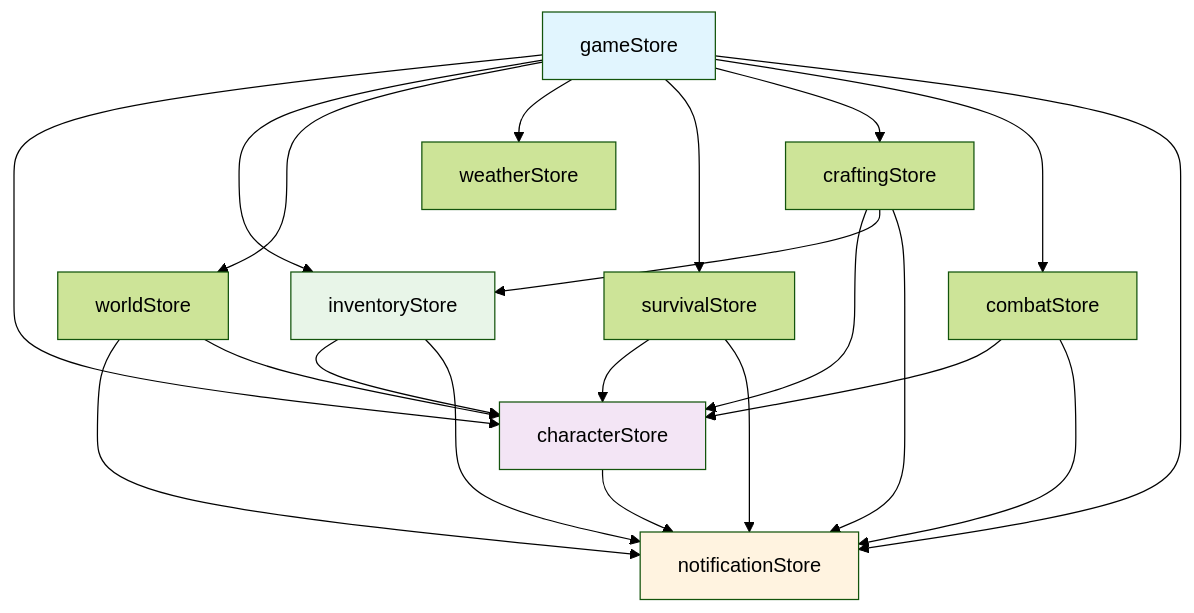
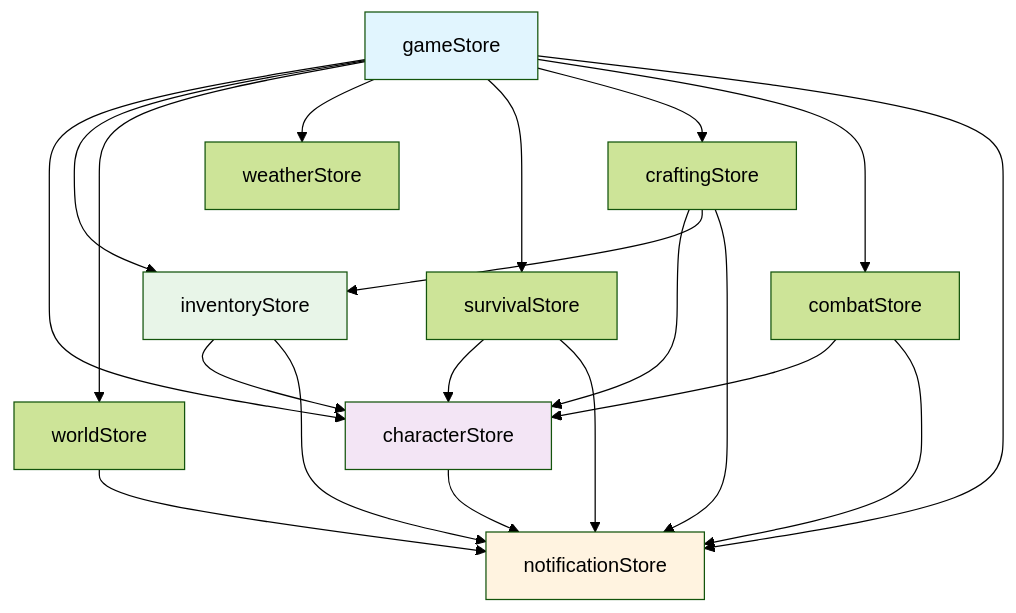
Before and after one commit to Pitz72/TheSafePlace-React: the first of 3 diagrams in STORE_CONTRACTS_AND_DEPENDENCIES.md, drawn with Mermaid (forest theme). The commit also changed other lines of this file and 6 other files, not shown here.

````diff
--- a/STORE_CONTRACTS_AND_DEPENDENCIES.md
+++ b/STORE_CONTRACTS_AND_DEPENDENCIES.md
@@ -11,29 +11,28 @@
 ```mermaid
 graph TD
     A[gameStore] --> B[characterStore]
     A --> C[inventoryStore]
     A --> D[worldStore]
     A --> E[weatherStore]
     A --> F[survivalStore]
     A --> G[craftingStore]
     A --> H[combatStore]
     A --> I[notificationStore]
     
     C --> B
     C --> I
     B --> I
     D --> I
-    D --> B
     F --> B
     F --> I
     G --> B
     G --> C
     G --> I
     H --> B
     H --> I
     
     style A fill:#e1f5fe
     style B fill:#f3e5f5
     style C fill:#e8f5e8
     style I fill:#fff3e0
 ```
````
